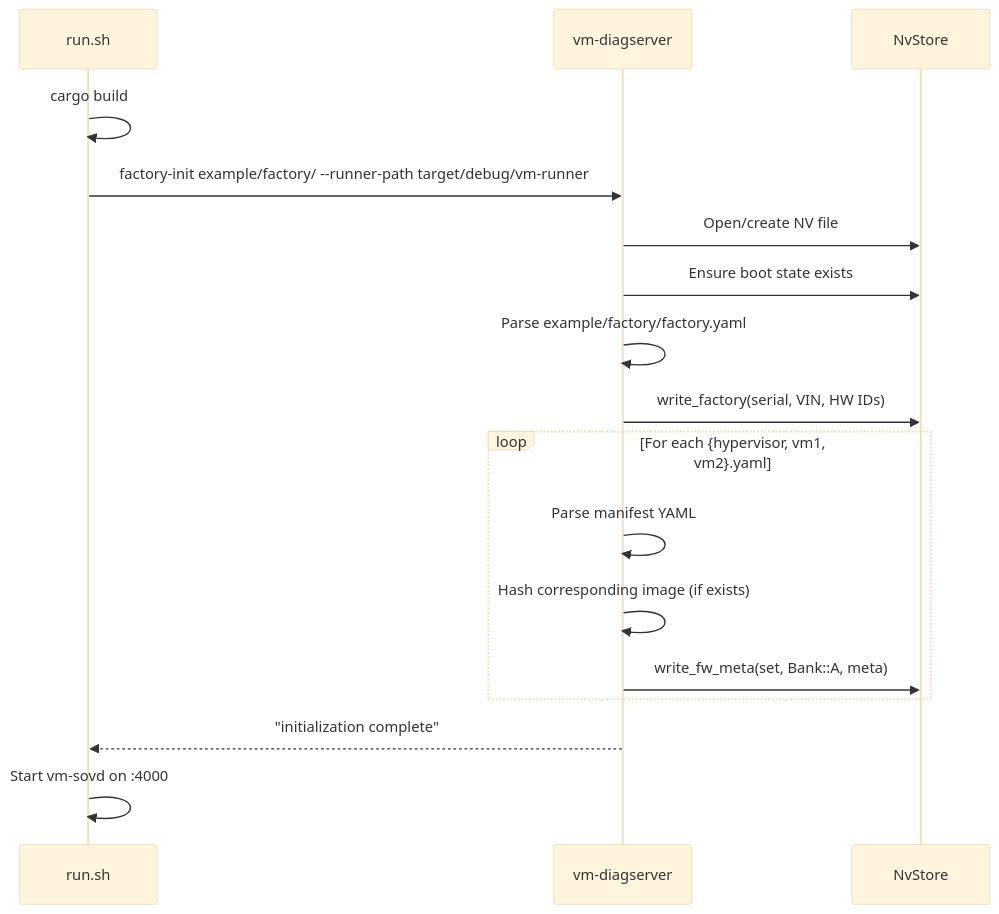
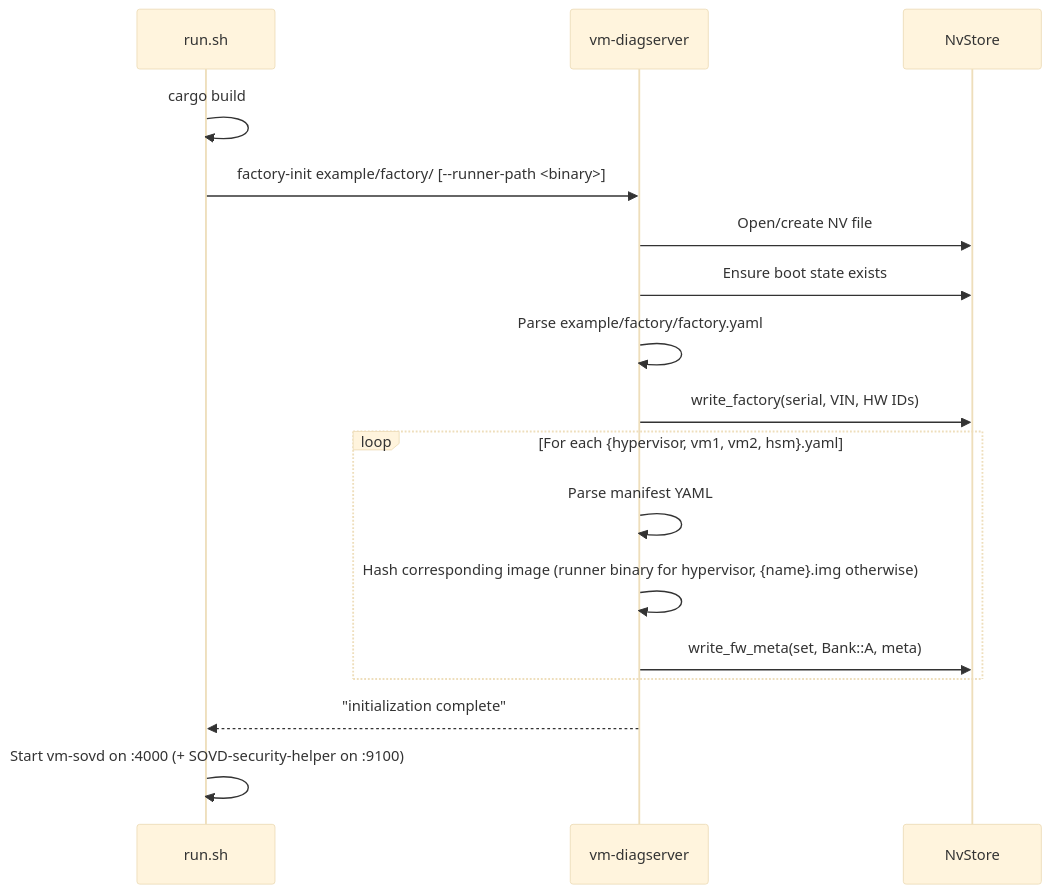
Before and after one commit to sdv-playground/sumo-vm-mgr: the seventh of 7 diagrams in ARCHITECTURE.md, drawn with Mermaid (base theme). The commit also changed other lines of this file and 3 other files, not shown here.

````diff
--- a/ARCHITECTURE.md
+++ b/ARCHITECTURE.md
@@ -550,24 +695,24 @@
 ```mermaid
 sequenceDiagram
     participant S as run.sh
     participant D as vm-diagserver
     participant NV as NvStore
 
     S->>S: cargo build
-    S->>D: factory-init example/factory/ --runner-path target/debug/vm-runner
+    S->>D: factory-init example/factory/ [--runner-path <binary>]
 
     D->>NV: Open/create NV file
     D->>NV: Ensure boot state exists
 
     D->>D: Parse example/factory/factory.yaml
     D->>NV: write_factory(serial, VIN, HW IDs)
 
-    loop For each {hypervisor, vm1, vm2}.yaml
+    loop For each {hypervisor, vm1, vm2, hsm}.yaml
         D->>D: Parse manifest YAML
-        D->>D: Hash corresponding image (if exists)
+        D->>D: Hash corresponding image (runner binary for hypervisor, {name}.img otherwise)
         D->>NV: write_fw_meta(set, Bank::A, meta)
     end
 
     D-->>S: "initialization complete"
-    S->>S: Start vm-sovd on :4000
+    S->>S: Start vm-sovd on :4000 (+ SOVD-security-helper on :9100)
 ```
````
